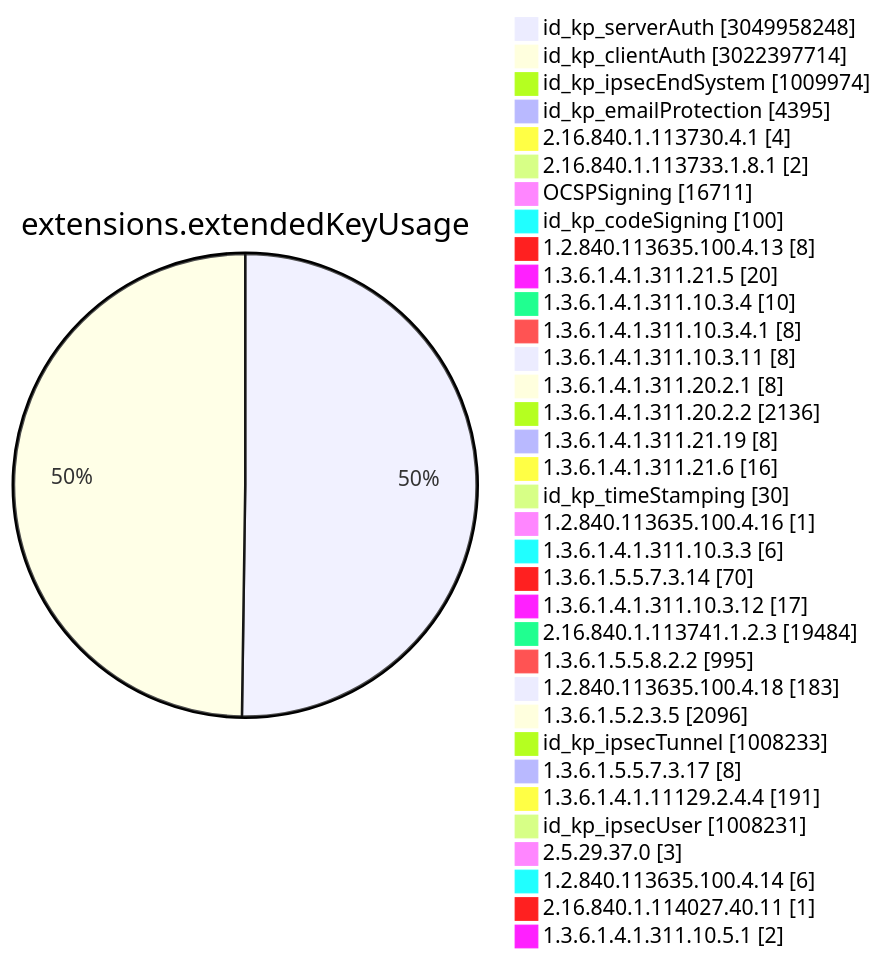
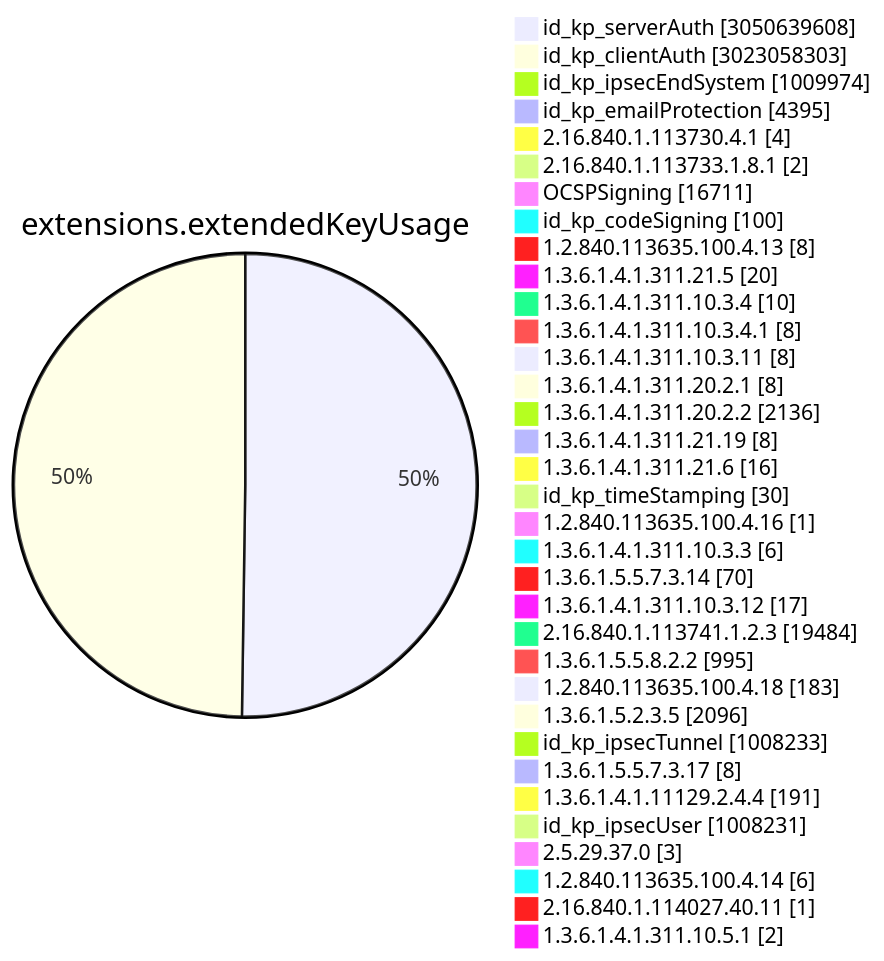
Diagram 11 of 15 in TOTAL/README.md (christiankrug/ctmonitor_visualization), drawn with Mermaid before and after one commit. The commit also changed other lines of this file, not shown here.

````diff
--- a/TOTAL/README.md
+++ b/TOTAL/README.md
@@ -4118,38 +4118,38 @@
 ```mermaid
 pie showData
 title extensions.extendedKeyUsage
-"id_kp_serverAuth" :3049958248
-"id_kp_clientAuth" :3022397714
+"id_kp_serverAuth" :3050639608
+"id_kp_clientAuth" :3023058303
 "id_kp_ipsecEndSystem" :1009974
 "id_kp_emailProtection" :4395
 "2.16.840.1.113730.4.1" :4
 "2.16.840.1.113733.1.8.1" :2
 "OCSPSigning" :16711
 "id_kp_codeSigning" :100
 "1.2.840.113635.100.4.13" :8
 "1.3.6.1.4.1.311.21.5" :20
 "1.3.6.1.4.1.311.10.3.4" :10
 "1.3.6.1.4.1.311.10.3.4.1" :8
 "1.3.6.1.4.1.311.10.3.11" :8
 "1.3.6.1.4.1.311.20.2.1" :8
 "1.3.6.1.4.1.311.20.2.2" :2136
 "1.3.6.1.4.1.311.21.19" :8
 "1.3.6.1.4.1.311.21.6" :16
 "id_kp_timeStamping" :30
 "1.2.840.113635.100.4.16" :1
 "1.3.6.1.4.1.311.10.3.3" :6
 "1.3.6.1.5.5.7.3.14" :70
 "1.3.6.1.4.1.311.10.3.12" :17
 "2.16.840.1.113741.1.2.3" :19484
 "1.3.6.1.5.5.8.2.2" :995
 "1.2.840.113635.100.4.18" :183
 "1.3.6.1.5.2.3.5" :2096
 "id_kp_ipsecTunnel" :1008233
 "1.3.6.1.5.5.7.3.17" :8
 "1.3.6.1.4.1.11129.2.4.4" :191
 "id_kp_ipsecUser" :1008231
 "2.5.29.37.0" :3
 "1.2.840.113635.100.4.14" :6
 "2.16.840.1.114027.40.11" :1
 "1.3.6.1.4.1.311.10.5.1" :2
 ```
````
